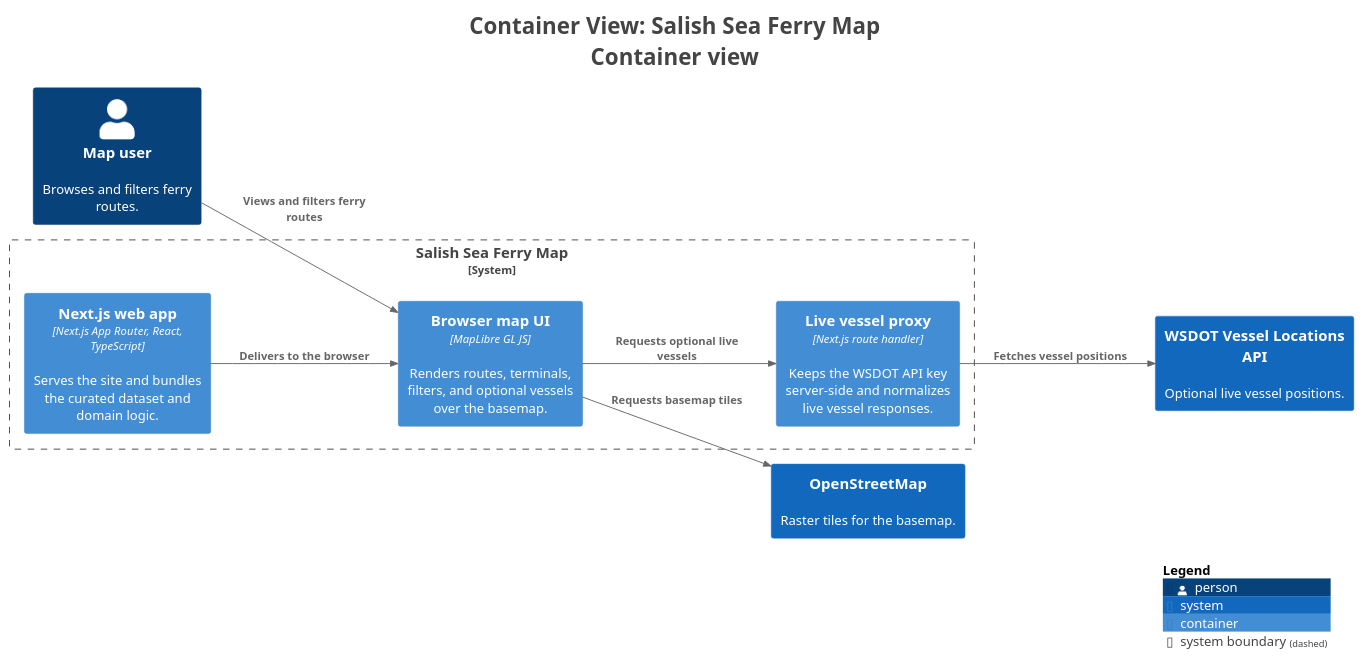
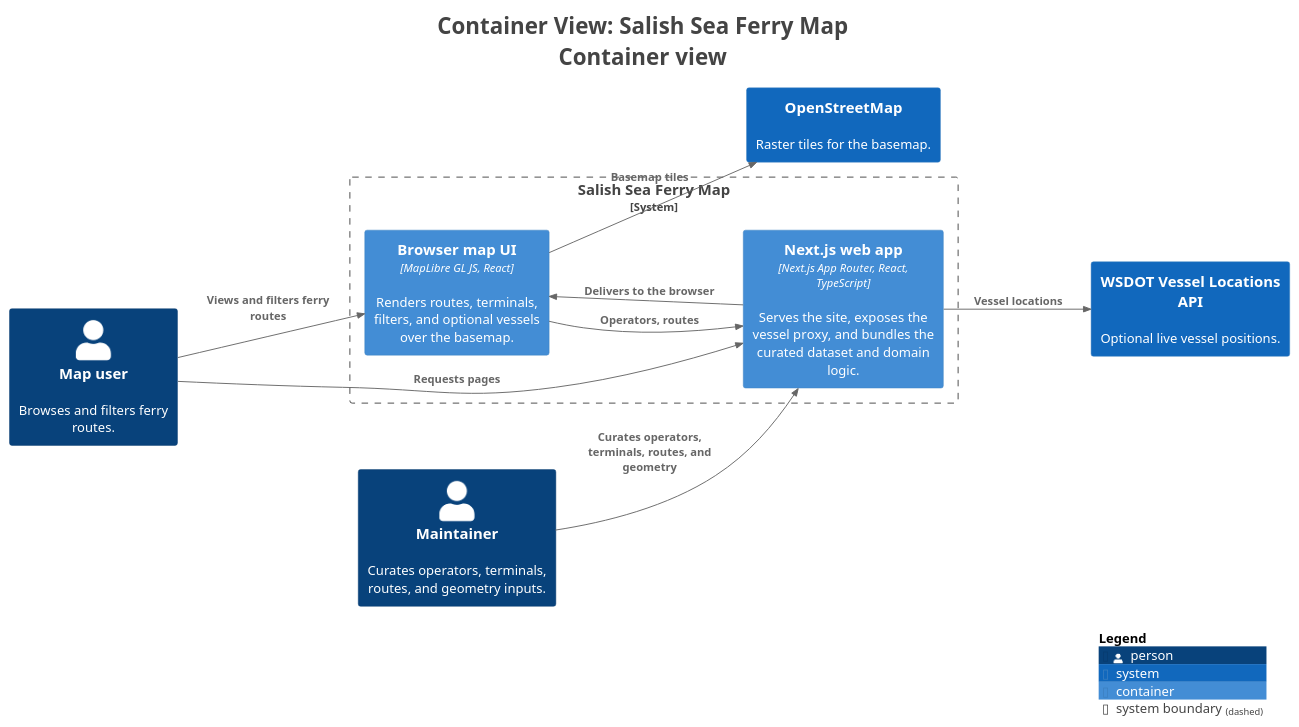
Before and after one commit to ivanoats/Salish-Sea-Ferry-Map: the diagram in docs/architecture/generated/plantuml/structurizr-container-view.puml, drawn with PlantUML. The commit also changed 11 other files, not shown here.

```diff
--- a/docs/architecture/generated/plantuml/structurizr-container-view.puml
+++ b/docs/architecture/generated/plantuml/structurizr-container-view.puml
@@ -1,36 +1,38 @@
 @startuml
 title <size:24>Container View: Salish Sea Ferry Map</size>\n<size:24>Container view</size>
 
 set separator none
 left to right direction
 
 <style>
   root {
     BackgroundColor: #ffffff
     FontColor: #444444
   }
 </style>
 
 !include <C4/C4>
 !include <C4/C4_Context>
 !include <C4/C4_Container>
 
 Person(Mapuser, "Map user", $descr="Browses and filters ferry routes.", $tags="", $link="")
+Person(Maintainer, "Maintainer", $descr="Curates operators, terminals, routes, and geometry inputs.", $tags="", $link="")
 System(OpenStreetMap, "OpenStreetMap", $descr="Raster tiles for the basemap.", $tags="", $link="")
 System(WSDOTVesselLocationsAPI, "WSDOT Vessel Locations API", $descr="Optional live vessel positions.", $tags="", $link="")
 
 System_Boundary("SalishSeaFerryMap_boundary", "Salish Sea Ferry Map", $tags="") {
-  Container(SalishSeaFerryMap.BrowsermapUI, "Browser map UI", $techn="MapLibre GL JS", $descr="Renders routes, terminals, filters, and optional vessels over the basemap.", $tags="", $link="")
-  Container(SalishSeaFerryMap.Livevesselproxy, "Live vessel proxy", $techn="Next.js route handler", $descr="Keeps the WSDOT API key server-side and normalizes live vessel responses.", $tags="", $link="")
-  Container(SalishSeaFerryMap.Nextjswebapp, "Next.js web app", $techn="Next.js App Router, React, TypeScript", $descr="Serves the site and bundles the curated dataset and domain logic.", $tags="", $link="")
+  Container(SalishSeaFerryMap.BrowsermapUI, "Browser map UI", $techn="MapLibre GL JS, React", $descr="Renders routes, terminals, filters, and optional vessels over the basemap.", $tags="", $link="")
+  Container(SalishSeaFerryMap.Nextjswebapp, "Next.js web app", $techn="Next.js App Router, React, TypeScript", $descr="Serves the site, exposes the vessel proxy, and bundles the curated dataset and domain logic.", $tags="", $link="")
 }
 
+Rel(Mapuser, SalishSeaFerryMap.Nextjswebapp, "Requests pages", $techn="", $tags="", $link="")
 Rel(Mapuser, SalishSeaFerryMap.BrowsermapUI, "Views and filters ferry routes", $techn="", $tags="", $link="")
+Rel(Maintainer, SalishSeaFerryMap.Nextjswebapp, "Curates operators, terminals, routes, and geometry", $techn="", $tags="", $link="")
 Rel(SalishSeaFerryMap.Nextjswebapp, SalishSeaFerryMap.BrowsermapUI, "Delivers to the browser", $techn="", $tags="", $link="")
-Rel(SalishSeaFerryMap.BrowsermapUI, OpenStreetMap, "Requests basemap tiles", $techn="", $tags="", $link="")
-Rel(SalishSeaFerryMap.BrowsermapUI, SalishSeaFerryMap.Livevesselproxy, "Requests optional live vessels", $techn="", $tags="", $link="")
-Rel(SalishSeaFerryMap.Livevesselproxy, WSDOTVesselLocationsAPI, "Fetches vessel positions", $techn="", $tags="", $link="")
+Rel(SalishSeaFerryMap.Nextjswebapp, WSDOTVesselLocationsAPI, "Vessel locations", $techn="", $tags="", $link="")
+Rel(SalishSeaFerryMap.BrowsermapUI, SalishSeaFerryMap.Nextjswebapp, "Operators, routes", $techn="", $tags="", $link="")
+Rel(SalishSeaFerryMap.BrowsermapUI, OpenStreetMap, "Basemap tiles", $techn="", $tags="", $link="")
 
 SHOW_LEGEND(true)
 hide stereotypes
 @enduml
```
